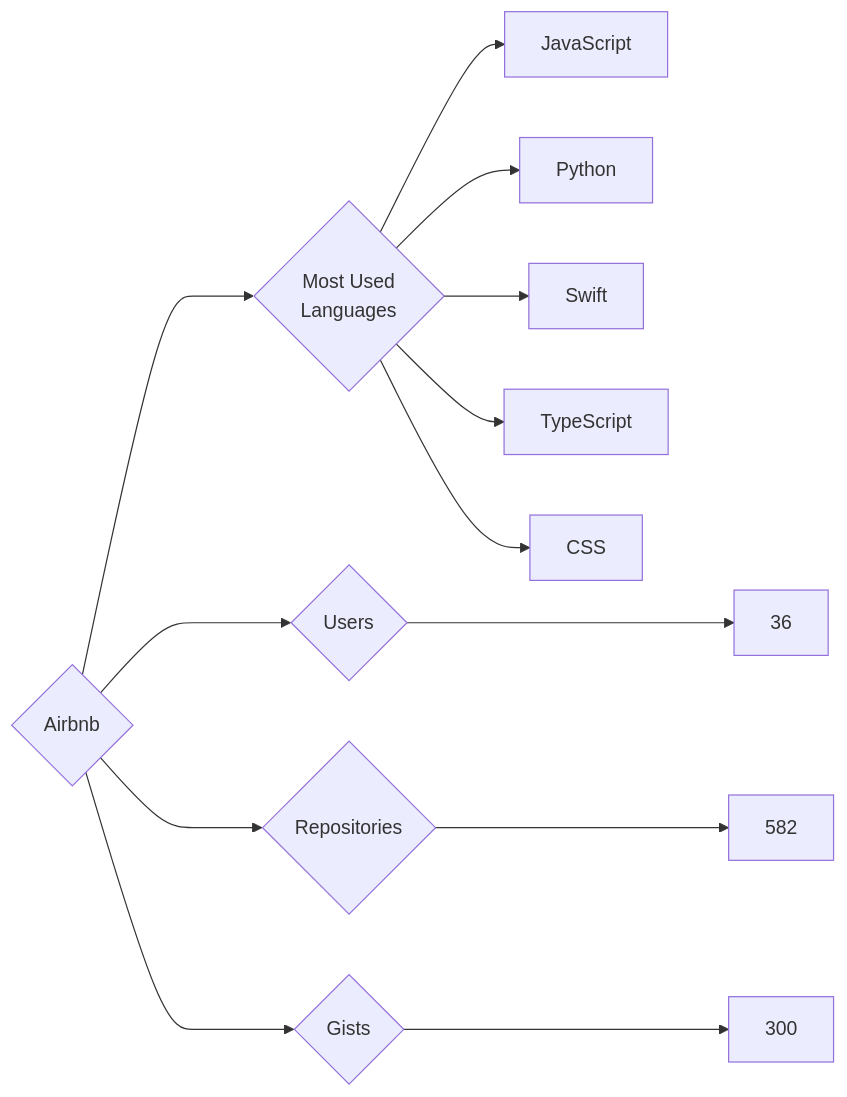
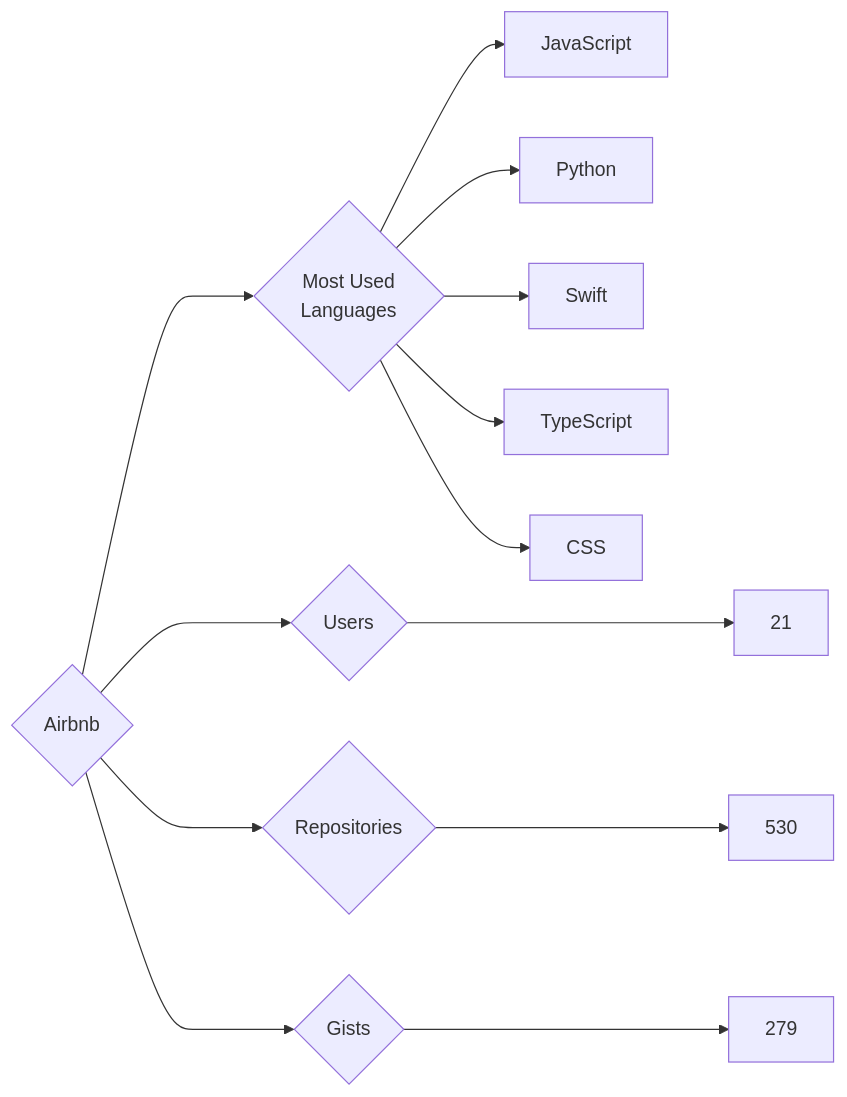
The diagram in targets/Airbnb/README.md (trickest/insiders), drawn with Mermaid before and after one commit. The commit also changed 838 other files, not shown here.

````diff
--- a/targets/Airbnb/README.md
+++ b/targets/Airbnb/README.md
@@ -3,13 +3,13 @@
 ```mermaid
 graph LR
 COMPANY_NAME{Airbnb}
-COMPANY_NAME ---> U{Users} ---> UN[36]
-COMPANY_NAME ---> R{Repositories} ---> RN[582]
-COMPANY_NAME ---> G{Gists} ---> GN[300]
+COMPANY_NAME ---> U{Users} ---> UN[21]
+COMPANY_NAME ---> R{Repositories} ---> RN[530]
+COMPANY_NAME ---> G{Gists} ---> GN[279]
 COMPANY_NAME ---> ML{Most Used<br>Languages}
 ML --> JavaScript[JavaScript]
 ML --> Python[Python]
 ML --> Swift[Swift]
 ML --> TypeScript[TypeScript]
 ML --> CSS[CSS]
 ```
````
